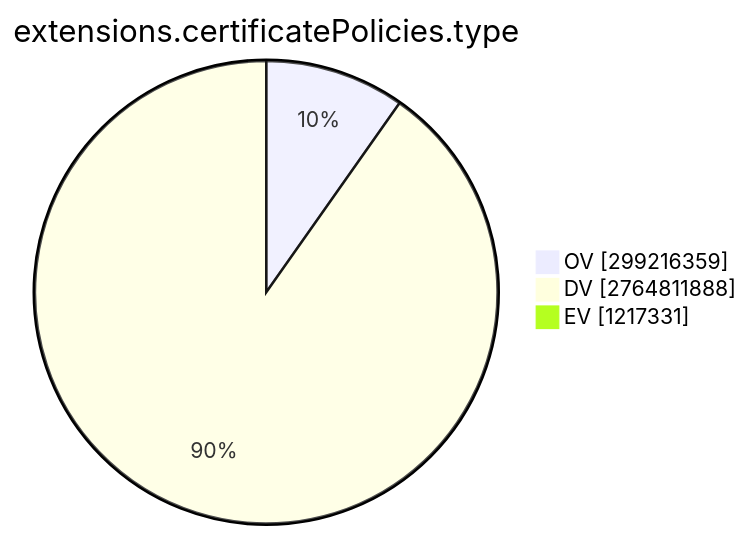
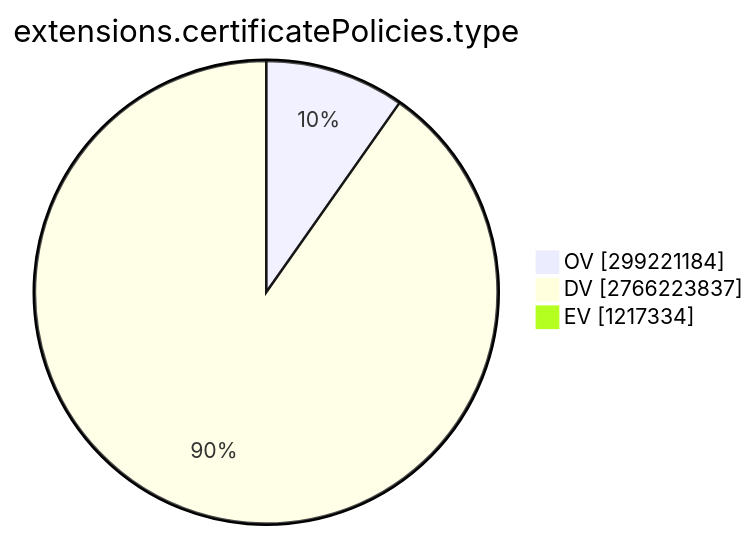
Before and after one commit to christiankrug/ctmonitor_visualization: the ninth of 15 diagrams in TOTAL/README.md, drawn with Mermaid. The commit also changed other lines of this file, not shown here.

````diff
--- a/TOTAL/README.md
+++ b/TOTAL/README.md
@@ -3101,7 +3101,7 @@
 ```mermaid
 pie showData
 title extensions.certificatePolicies.type
-"OV" :299216359
-"DV" :2764811888
-"EV" :1217331
+"OV" :299221184
+"DV" :2766223837
+"EV" :1217334
 ```
````
